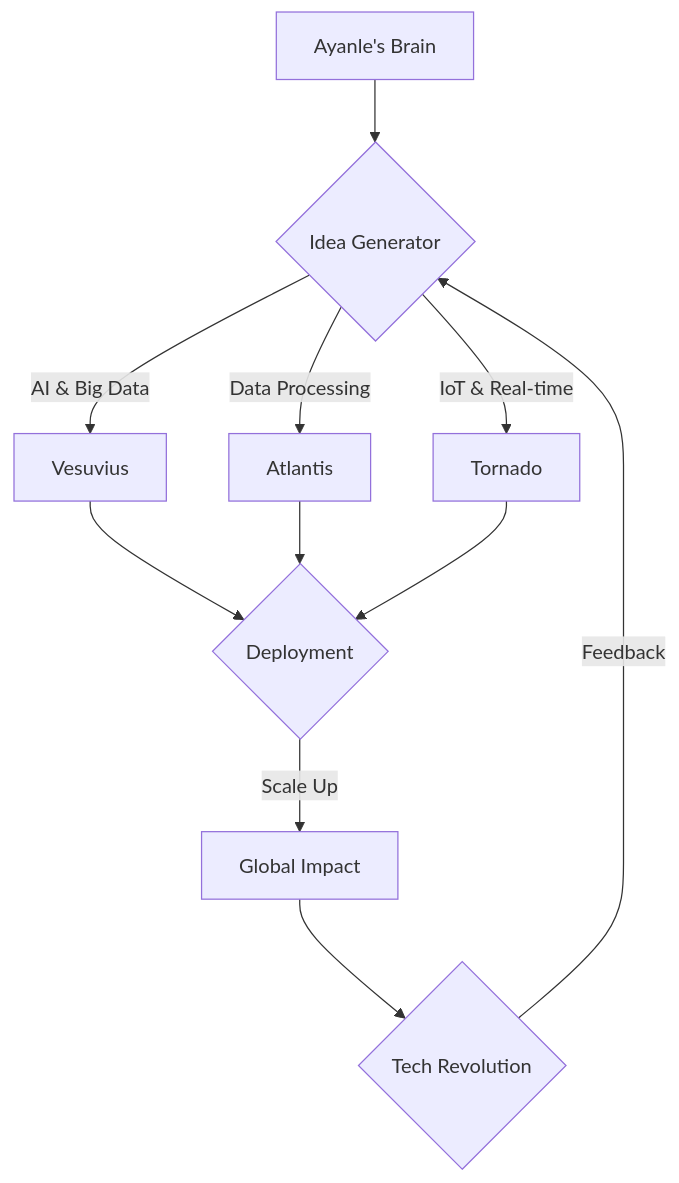
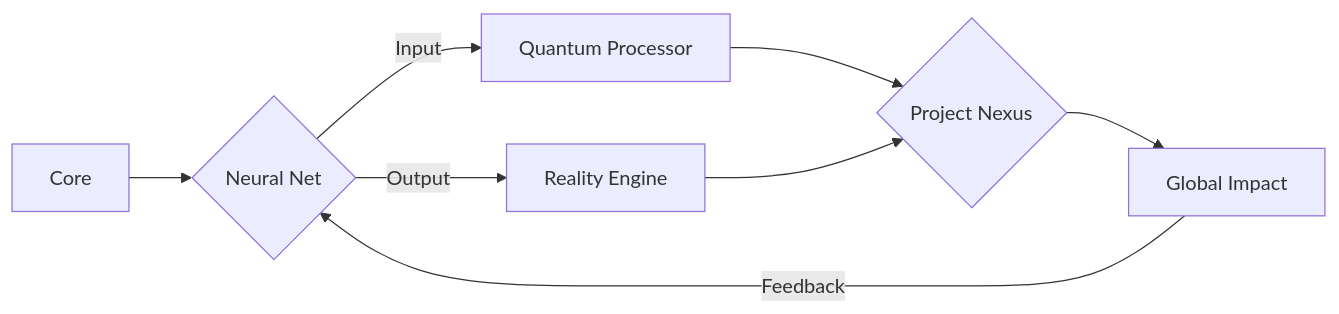
One commit to Ayanleaideed/Ayanleaideed changed the first of 2 diagrams in README.md. Above: the diagram before and after it, drawn with Mermaid. The commit also changed other lines of this file, not shown here.

````diff
--- a/README.md
+++ b/README.md
@@ -35,13 +19,10 @@
 ```mermaid
-graph TB
-    A[Ayanle's Brain] --> B{Idea Generator}
-    B -->|AI & Big Data| C[Vesuvius]
-    B -->|Data Processing| D[Atlantis]
-    B -->|IoT & Real-time| E[Tornado]
-    C --> F{Deployment}
-    D --> F
-    E --> F
-    F -->|Scale Up| G[Global Impact]
-    G --> H{Tech Revolution}
-    H -->|Feedback| B
+graph LR
+    A[Core] --> B{Neural Net}
+    B -->|Input| C[Quantum Processor]
+    B -->|Output| D[Reality Engine]
+    C --> E{Project Nexus}
+    D --> E
+    E --> F[Global Impact]
+    F -->|Feedback| B
 ```
````
